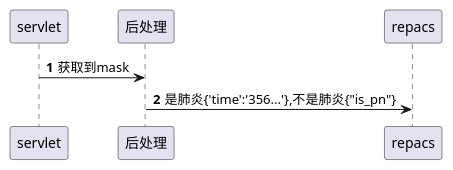
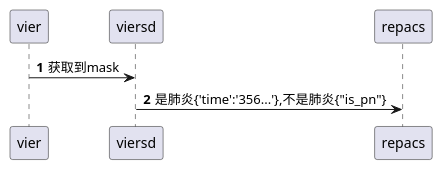
Before and after one commit to menhuan/notes: the second of 4 diagrams in 学习内容/notes/plantuml/思考.md, drawn with PlantUML. The commit also changed 3 other files, not shown here.

````diff
--- a/学习内容/notes/plantuml/思考.md
+++ b/学习内容/notes/plantuml/思考.md
@@ -27,9 +27,9 @@
 ```Plantuml
 @startuml
 autonumber /'自动格式'/
 scale 1 /'设置展示大小'/
-servlet->后处理:获取到mask
-后处理->repacs:是肺炎{'time':'356...'},不是肺炎{"is_pn"}
+vier->viersd:获取到mask
+viersd->repacs:是肺炎{'time':'356...'},不是肺炎{"is_pn"}
 @enduml
 
 ```
````
